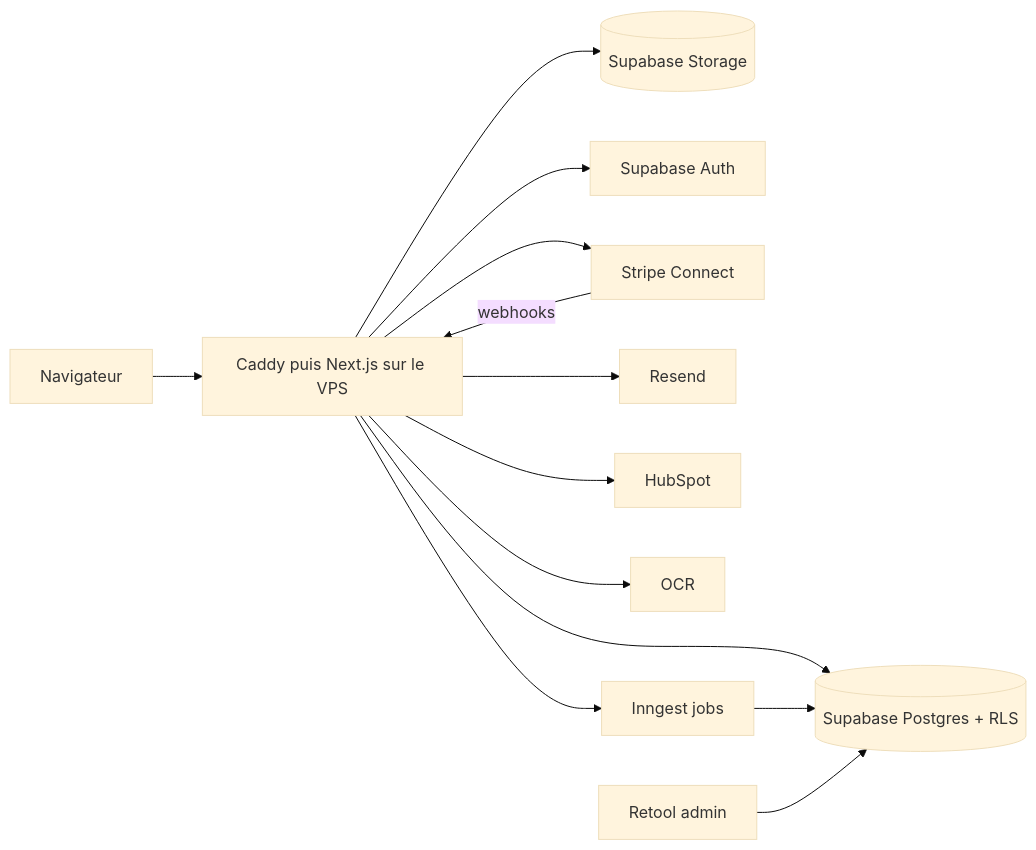
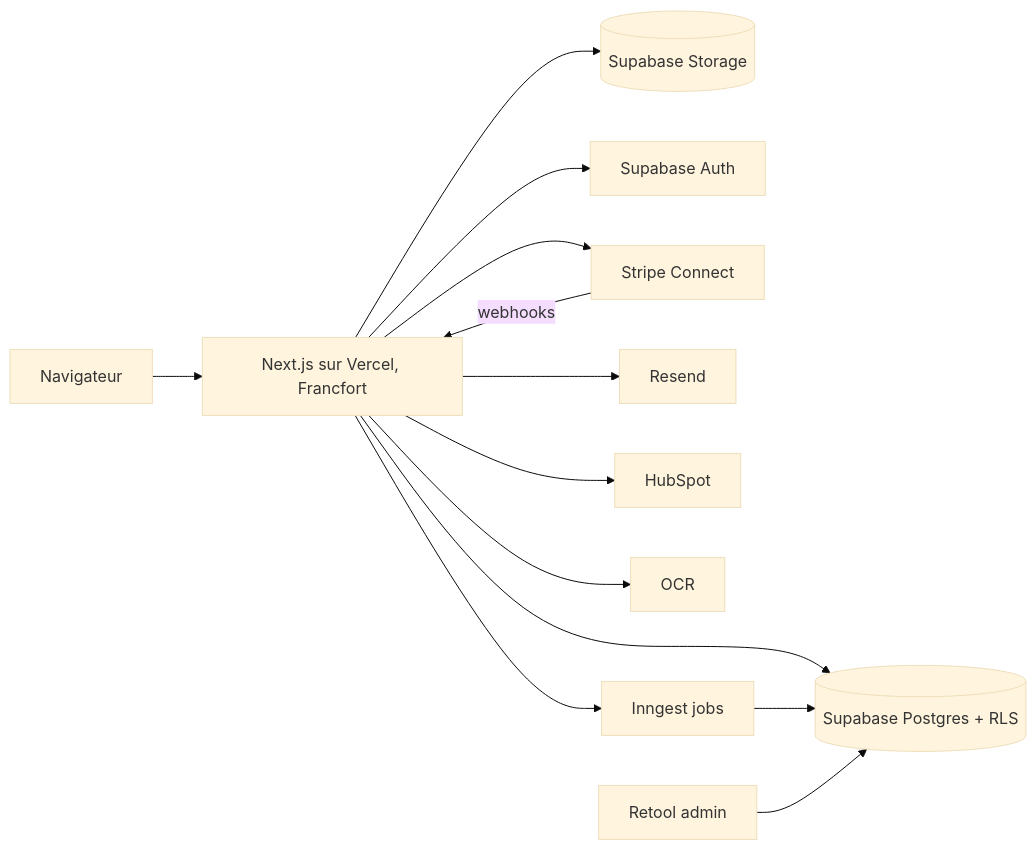
The diagram in docs/03-ARCHITECTURE.md (Sam-Support/Standby), drawn with Mermaid (base theme) before and after one commit. The commit also changed other lines of this file and 32 other files, not shown here.

First line of the commit message:
feat: hébergement sur Vercel et Supabase à la place du VPS

````diff
--- a/docs/03-ARCHITECTURE.md
+++ b/docs/03-ARCHITECTURE.md
@@ -30,15 +30,15 @@
 ```mermaid
 flowchart LR
-  U[Navigateur] --> V[Caddy puis Next.js sur le VPS]
+  U[Navigateur] --> V[Next.js sur Vercel, Francfort]
   V --> DB[(Supabase Postgres + RLS)]
   V --> ST[(Supabase Storage)]
   V --> AU[Supabase Auth]
   V --> STR[Stripe Connect]
   STR -- webhooks --> V
   V --> RS[Resend]
   V --> HS[HubSpot]
   V --> OC[OCR]
   V --> JB[Inngest jobs]
   JB --> DB
   RT[Retool admin] --> DB
 ```
````
